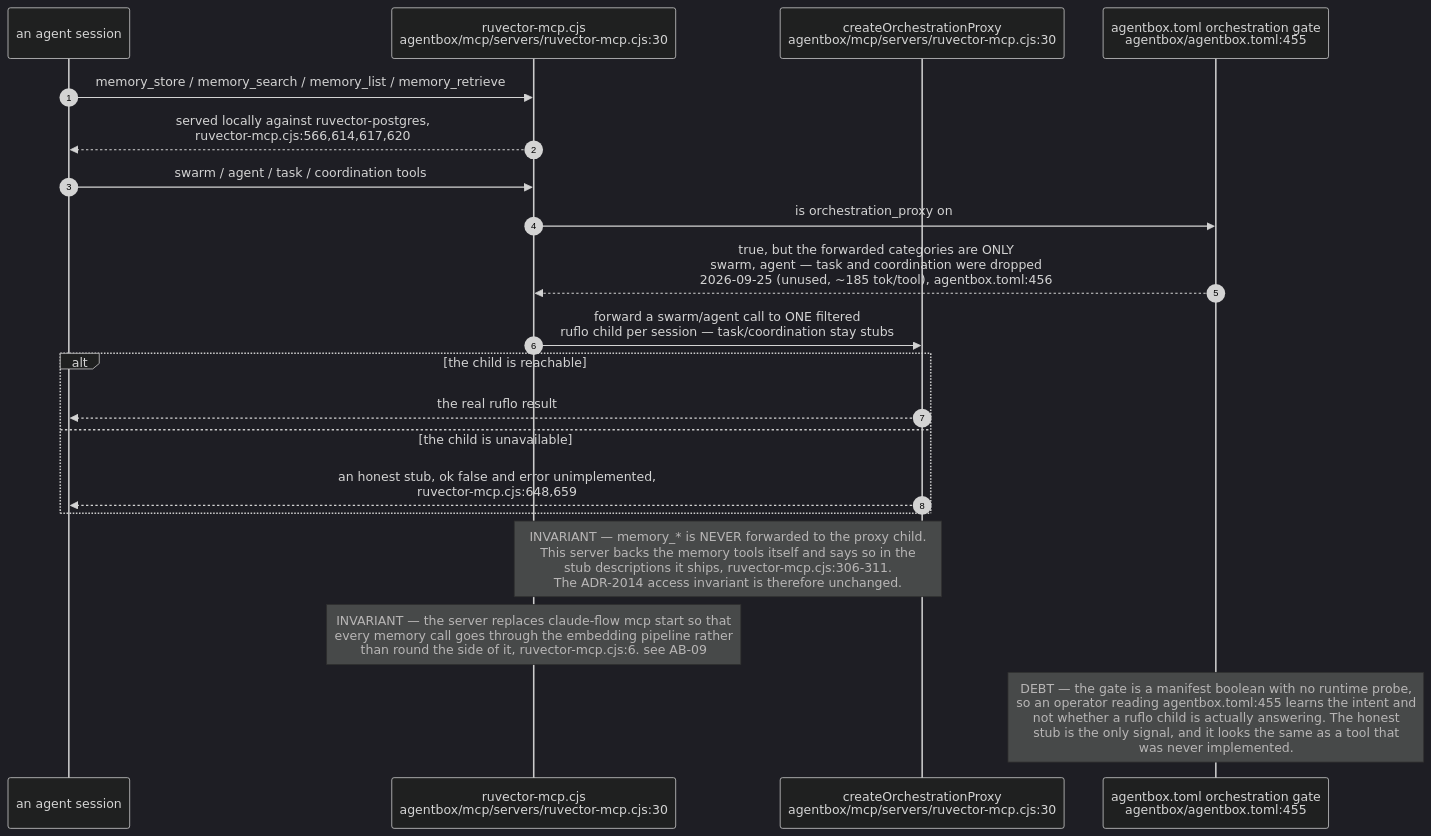
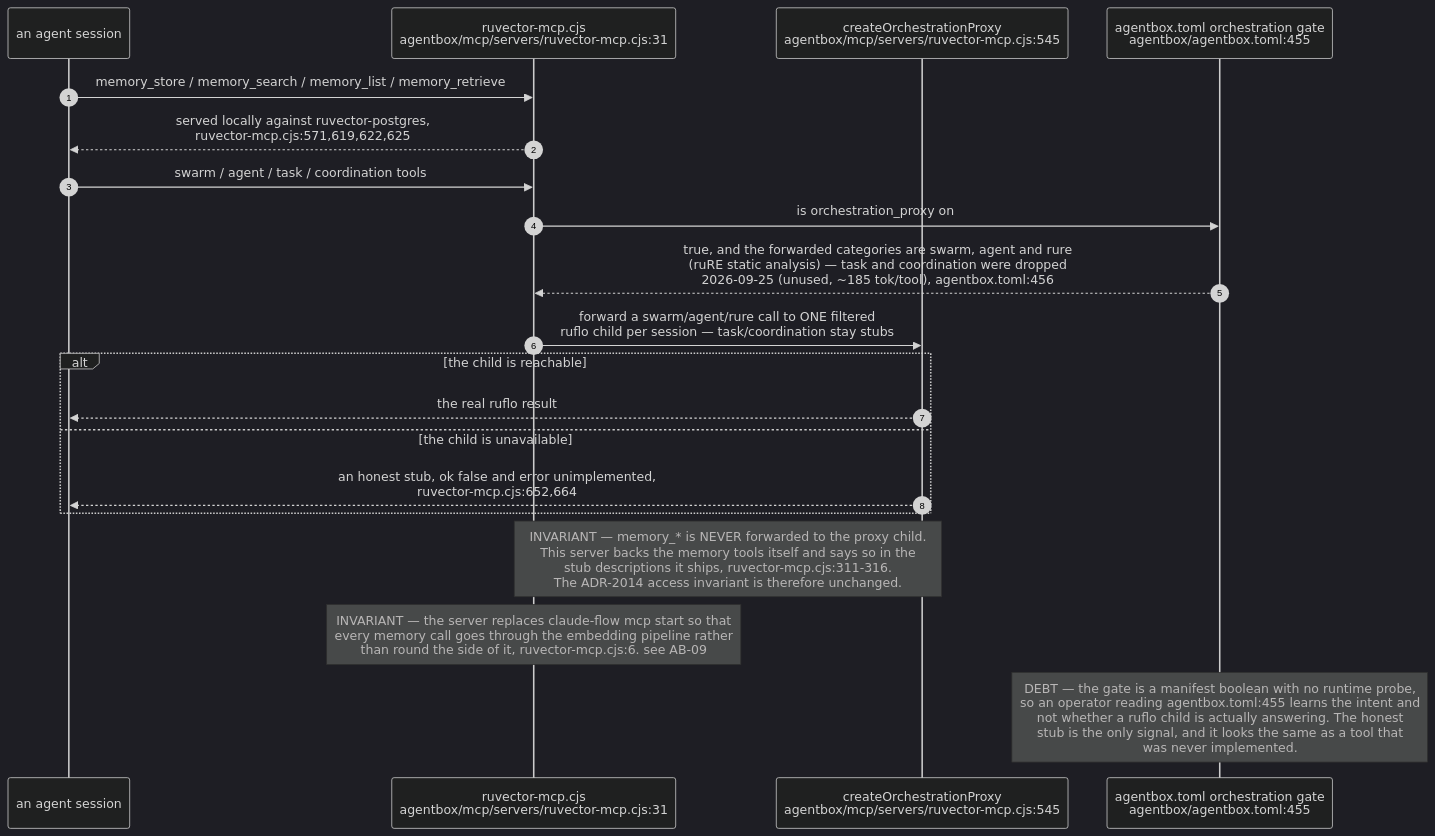
The sixth of 6 diagrams in docs/diagrams/estate/07-memory-and-embedding-estate.md (DreamLab-AI/VisionFlow), drawn with Mermaid (dark theme) before and after one commit. The commit also changed other lines of this file and 160 other files, not shown here.

````diff
--- a/docs/diagrams/estate/07-memory-and-embedding-estate.md
+++ b/docs/diagrams/estate/07-memory-and-embedding-estate.md
@@ -190,25 +202,25 @@
 ```mermaid
 sequenceDiagram
     autonumber
     participant AG as an agent session
-    participant RV as ruvector-mcp.cjs<br/>agentbox/mcp/servers/ruvector-mcp.cjs:30
-    participant PROXY as createOrchestrationProxy<br/>agentbox/mcp/servers/ruvector-mcp.cjs:30
+    participant RV as ruvector-mcp.cjs<br/>agentbox/mcp/servers/ruvector-mcp.cjs:31
+    participant PROXY as createOrchestrationProxy<br/>agentbox/mcp/servers/ruvector-mcp.cjs:545
     participant MAN as agentbox.toml orchestration gate<br/>agentbox/agentbox.toml:455
 
     AG->>RV: memory_store / memory_search / memory_list / memory_retrieve
-    RV-->>AG: served locally against ruvector-postgres,<br/>ruvector-mcp.cjs:566,614,617,620
+    RV-->>AG: served locally against ruvector-postgres,<br/>ruvector-mcp.cjs:571,619,622,625
 
     AG->>RV: swarm / agent / task / coordination tools
     RV->>MAN: is orchestration_proxy on
-    MAN-->>RV: true, but the forwarded categories are ONLY<br/>swarm, agent — task and coordination were dropped<br/>2026-09-25 (unused, ~185 tok/tool), agentbox.toml:456
-    RV->>PROXY: forward a swarm/agent call to ONE filtered<br/>ruflo child per session — task/coordination stay stubs
+    MAN-->>RV: true, and the forwarded categories are swarm, agent and rure<br/>(ruRE static analysis) — task and coordination were dropped<br/>2026-09-25 (unused, ~185 tok/tool), agentbox.toml:456
+    RV->>PROXY: forward a swarm/agent/rure call to ONE filtered<br/>ruflo child per session — task/coordination stay stubs
     alt the child is reachable
         PROXY-->>AG: the real ruflo result
     else the child is unavailable
-        PROXY-->>AG: an honest stub, ok false and error unimplemented,<br/>ruvector-mcp.cjs:648,659
+        PROXY-->>AG: an honest stub, ok false and error unimplemented,<br/>ruvector-mcp.cjs:652,664
     end
 
-    Note over RV,PROXY: INVARIANT — memory_* is NEVER forwarded to the proxy child.<br/>This server backs the memory tools itself and says so in the<br/>stub descriptions it ships, ruvector-mcp.cjs:306-311.<br/>The ADR-2014 access invariant is therefore unchanged.
+    Note over RV,PROXY: INVARIANT — memory_* is NEVER forwarded to the proxy child.<br/>This server backs the memory tools itself and says so in the<br/>stub descriptions it ships, ruvector-mcp.cjs:311-316.<br/>The ADR-2014 access invariant is therefore unchanged.
     Note over RV: INVARIANT — the server replaces claude-flow mcp start so that<br/>every memory call goes through the embedding pipeline rather<br/>than round the side of it, ruvector-mcp.cjs:6. see AB-09
     Note over MAN: DEBT — the gate is a manifest boolean with no runtime probe,<br/>so an operator reading agentbox.toml:455 learns the intent and<br/>not whether a ruflo child is actually answering. The honest<br/>stub is the only signal, and it looks the same as a tool that<br/>was never implemented.
 ```
````
